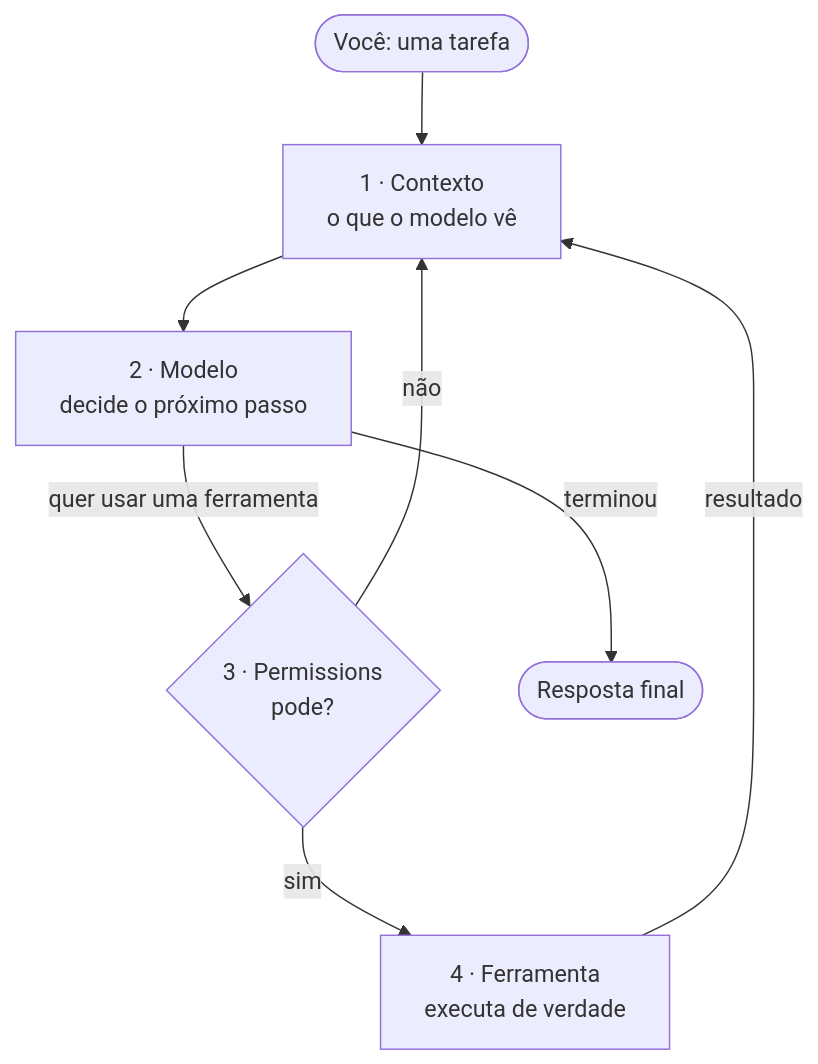
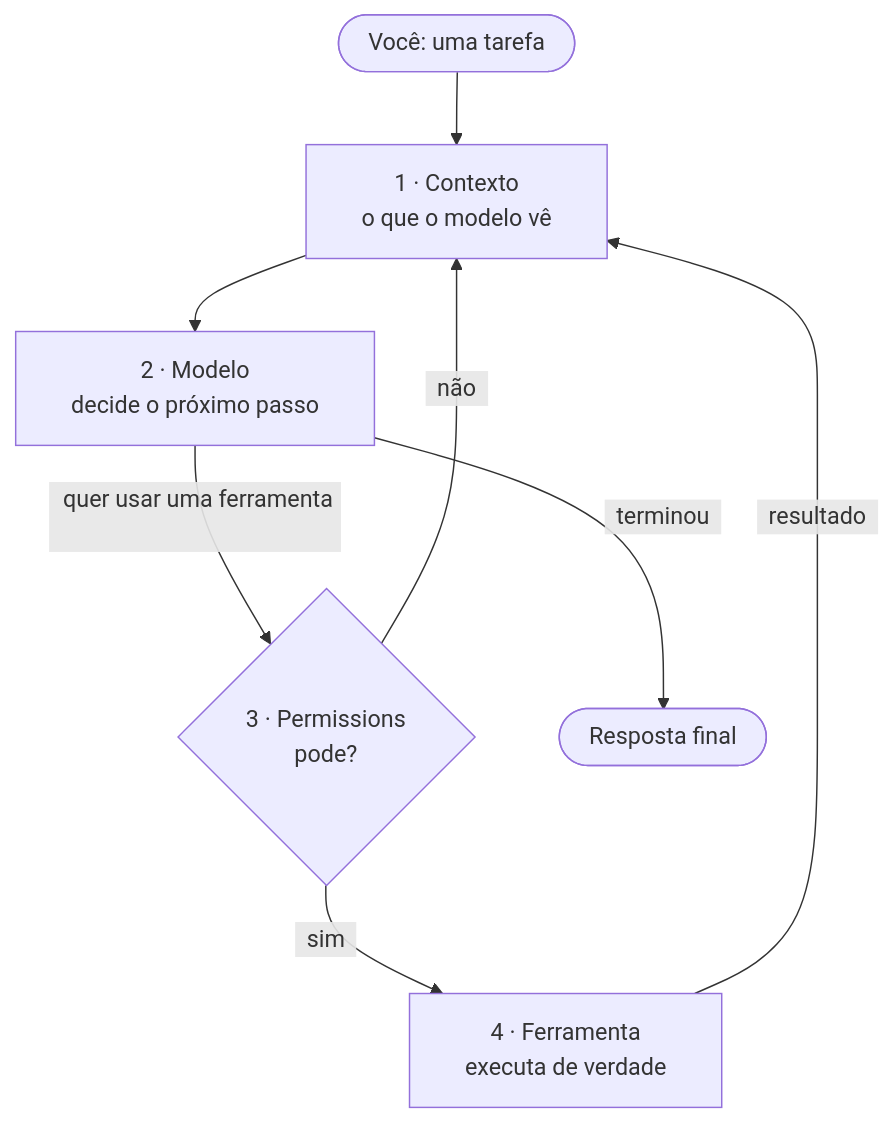
Before and after one commit to alesina78/FundamentosIA: the diagram in 06-harness-agentic-coding-tools/6.1-o-que-e-um-harness.md, drawn with Mermaid. The commit also changed other lines of this file, not shown here.

Commit message:
Remove a secao de pratica e espaca os rotulos do diagrama da aula 6.1

````diff
--- a/06-harness-agentic-coding-tools/6.1-o-que-e-um-harness.md
+++ b/06-harness-agentic-coding-tools/6.1-o-que-e-um-harness.md
@@ -39,16 +39,16 @@
 ```mermaid
 flowchart TD
-    U(["Você: uma tarefa"]) --> CTX
+    U(["&nbsp; Você: uma tarefa &nbsp;"]) --> CTX
 
-    CTX["1 · Contexto<br/>o que o modelo vê"]
-    LLM["2 · Modelo<br/>decide o próximo passo"]
-    PERM{"3 · Permissions<br/>pode?"}
-    TOOL["4 · Ferramenta<br/>executa de verdade"]
+    CTX["&nbsp; 1 · Contexto &nbsp;<br/>&nbsp; o que o modelo vê &nbsp;"]
+    LLM["&nbsp; 2 · Modelo &nbsp;<br/>&nbsp; decide o próximo passo &nbsp;"]
+    PERM{"&nbsp; 3 · Permissions &nbsp;<br/>&nbsp; pode? &nbsp;"}
+    TOOL["&nbsp; 4 · Ferramenta &nbsp;<br/>&nbsp; executa de verdade &nbsp;"]
 
     CTX --> LLM
-    LLM -->|"quer usar uma ferramenta"| PERM
-    LLM -->|"terminou"| R(["Resposta final"])
-    PERM -->|"não"| CTX
-    PERM -->|"sim"| TOOL
-    TOOL -->|"resultado"| CTX
+    LLM -->|"&nbsp; quer usar uma ferramenta &nbsp;"| PERM
+    LLM -->|"&nbsp; terminou &nbsp;"| R(["&nbsp; Resposta final &nbsp;"])
+    PERM -->|"&nbsp; não &nbsp;"| CTX
+    PERM -->|"&nbsp; sim &nbsp;"| TOOL
+    TOOL -->|"&nbsp; resultado &nbsp;"| CTX
 ```
````
